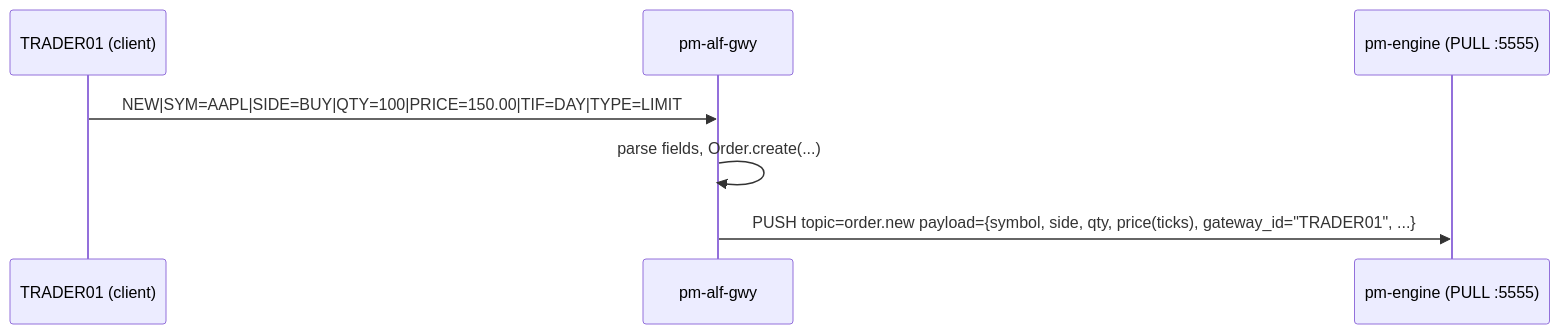
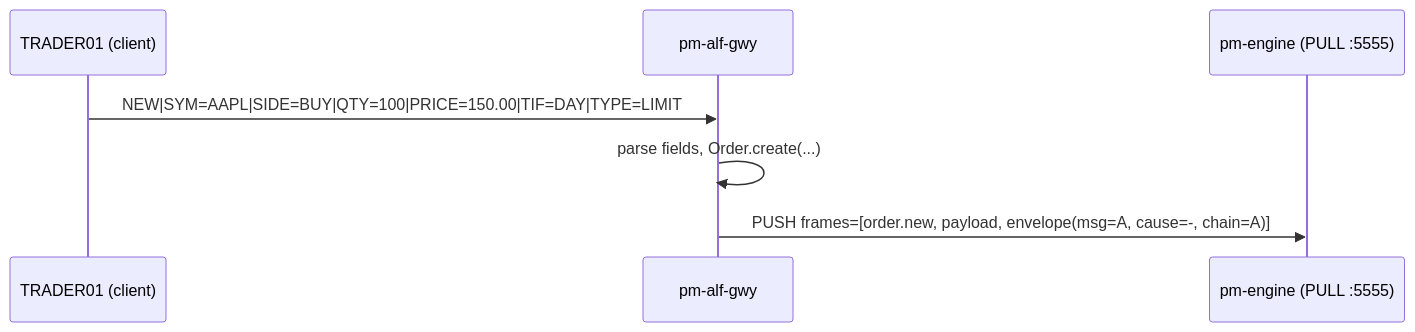
The second of 7 diagrams in docs/developer/09-order-flow-engine.md (johan162/EduMatcher), drawn with Mermaid before and after one commit. The commit also changed other lines of this file and 26 other files, not shown here.

Commit message:
feat(msg): every message now carries a causal envelope to have full deterministic accountability on what caused each event

````diff
--- a/docs/developer/09-order-flow-engine.md
+++ b/docs/developer/09-order-flow-engine.md
@@ -144,10 +172,10 @@
 ```mermaid
 sequenceDiagram
     participant T as TRADER01 (client)
     participant GW as pm-alf-gwy
     participant E as pm-engine (PULL :5555)
 
     T->>GW: NEW|SYM=AAPL|SIDE=BUY|QTY=100|PRICE=150.00|TIF=DAY|TYPE=LIMIT
     GW->>GW: parse fields, Order.create(...)
-    GW->>E: PUSH  topic=order.new  payload={symbol, side, qty, price(ticks), gateway_id="TRADER01", ...}
+    GW->>E: PUSH  frames=[order.new, payload, envelope(msg=A, cause=-, chain=A)]
 ```
````
